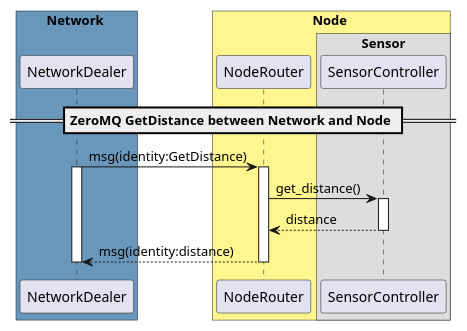
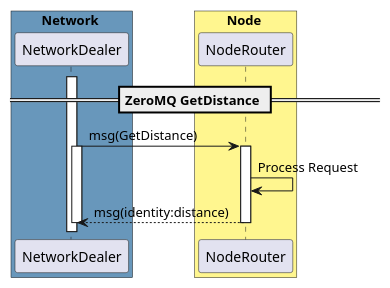
Before and after one commit to matteogianferrari/multilat_sensor_net: the diagram in docs/diagrams/communication/ZeroMQ_GetDistance.puml, drawn with PlantUML. The commit also changed 5 other files, not shown here.

Commit message:
Revisided UML sequence diagrams for the communication protocols.

```diff
--- a/docs/diagrams/communication/ZeroMQ_GetDistance.puml
+++ b/docs/diagrams/communication/ZeroMQ_GetDistance.puml
@@ -1,32 +1,42 @@
 @startuml
+
 skinparam backgroundColor #FFFFFF
 
 ' Defines the participants in the protocol
 box Network #6897BB
 participant "NetworkDealer" as NetworkDealer
 end box
 
-!pragma teoz true
 box Node #FFF68F
 participant "NodeRouter" as NodeRouter
-box Sensor
-participant "SensorController" as SensorController
-end box
 end box
 
-== ZeroMQ GetDistance between Network and Node ==
-' NetworkDealer sends a message containing GetDistance to all the nodes
-' in the distributed network
-NetworkDealer -> NodeRouter: msg(identity:GetDistance)
+== ZeroMQ GetDistance ==
+
+' NodeRouter thread is blocked waiting for incoming requests
+' NetworkDelaer thread is running
 activate NetworkDealer
 
+' NetworkDealer sends a message to all the nodes in the distributed network
+' containing the message GetDistance
+NetworkDealer -> NodeRouter: msg(GetDistance)
+
+' NetworkDealer uses a ZeroMQ poller to receive the responses asynchronously
+' from all the nodes in the distributed network
+activate NetworkDealer
+
+' NodeRouter receives the message containing GetDistance
+' NodeRouter thread is unblocked when the message is received
 activate NodeRouter
 
-NodeRouter -> SensorController: get_distance()
-activate SensorController
-return distance
+' NodeRouter GetDistance procedure is executed
+NodeRouter -> NodeRouter: Process Request
 
-return msg(identity:distance)
+' The NodeRouter sends a message to the NetworkDealer containing the distance
+' between the node and the target
+' The identity is used to send back to the NetworkDealer the distance
+NodeRouter --> NetworkDealer : msg(identity:distance)
+deactivate NodeRouter
 deactivate NetworkDealer
 
 @enduml
```
